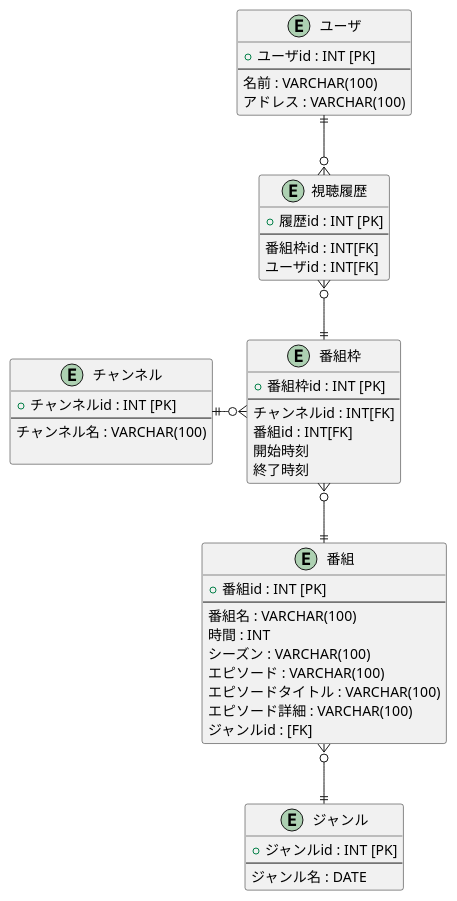
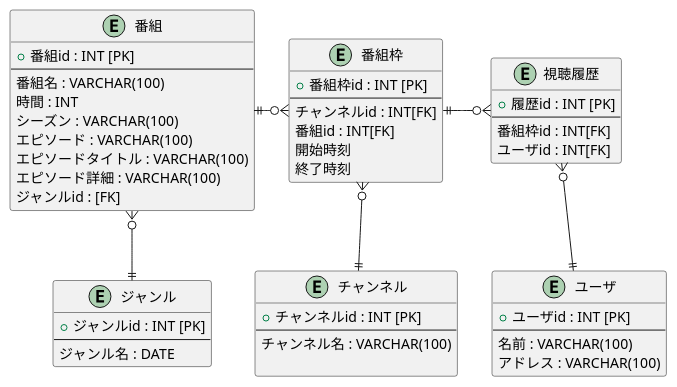
One commit to Megumin32/internet_tv changed the diagram in diagrams/er.puml. Above: the diagram before and after it, drawn with PlantUML.

Commit message:
er-image test

```diff
--- a/diagrams/er.puml
+++ b/diagrams/er.puml
@@ -1,52 +1,52 @@
 @startuml
 entity ユーザ {
   +ユーザid : INT [PK]
   --
   名前 : VARCHAR(100)
   アドレス : VARCHAR(100)
 }
 
 entity チャンネル {
   +チャンネルid : INT [PK]
   --
   チャンネル名 : VARCHAR(100)
 
 }
 entity 番組 {
   +番組id : INT [PK]
   --
   番組名 : VARCHAR(100)
   時間 : INT
   シーズン : VARCHAR(100)
   エピソード : VARCHAR(100)
   エピソードタイトル : VARCHAR(100)
   エピソード詳細 : VARCHAR(100)
   ジャンルid : [FK]
 }
 entity ジャンル {
   +ジャンルid : INT [PK]
   --
   ジャンル名 : DATE
 }
 
 entity 番組枠 {
   +番組枠id : INT [PK]
   --
   チャンネルid : INT[FK]
   番組id : INT[FK]
   開始時刻
   終了時刻
 }
 entity 視聴履歴 {
   +履歴id : INT [PK]
   --
   番組枠id : INT[FK]
   ユーザid : INT[FK]
 }
 
-チャンネル ||-r-o{ 番組枠
-番組 ||-u-o{ 番組枠
+チャンネル ||-u-o{ 番組枠
+番組 ||-r-o{ 番組枠
 番組 }o-d-|| ジャンル
-ユーザ||-d-o{ 視聴履歴
-番組枠||-u-o{ 視聴履歴
+ユーザ||-u-o{ 視聴履歴
+番組枠||-r-o{ 視聴履歴
 @enduml
```
